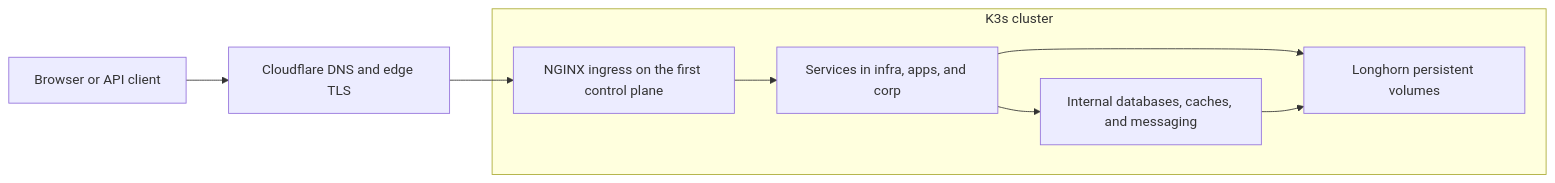
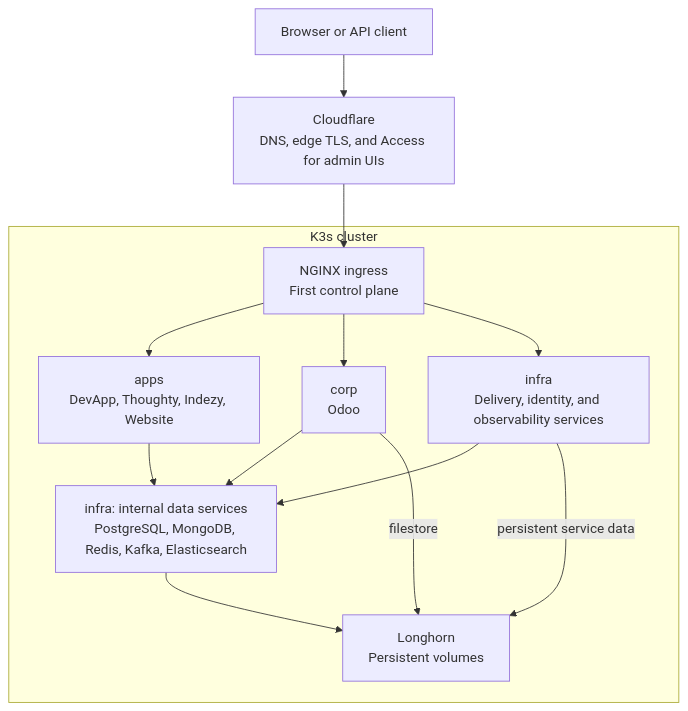
The diagram in README.md (chefzaid/bm-cluster), drawn with Mermaid before and after one commit. The commit also changed other lines of this file and 2 other files, not shown here.

Commit message:
Document cluster architecture and CI/CD with Mermaid diagrams

````diff
--- a/README.md
+++ b/README.md
@@ -13,15 +13,24 @@
 ```mermaid
-flowchart LR
-    Client[Browser or API client] --> CF[Cloudflare DNS and edge TLS]
-    subgraph Cluster[K3s cluster]
-        Ingress[NGINX ingress on the first control plane]
-        Services[Services in infra, apps, and corp]
-        Data[Internal databases, caches, and messaging]
-        Storage[Longhorn persistent volumes]
-        Ingress --> Services
-        Services --> Data
-        Services --> Storage
+flowchart TB
+    accTitle: Cluster architecture and application ownership
+    accDescr: Public traffic enters through Cloudflare and the first control plane. Application and platform services use internal data services and persistent storage.
+    Client["Browser or API client"] --> CF["Cloudflare<br/>DNS, edge TLS, and Access for admin UIs"]
+    subgraph Cluster["K3s cluster"]
+        Ingress["NGINX ingress<br/>First control plane"]
+        Apps["apps<br/>DevApp, Thoughty, Indezy, Website"]
+        Corp["corp<br/>Odoo"]
+        Platform["infra<br/>Delivery, identity, and observability services"]
+        Data["infra: internal data services<br/>PostgreSQL, MongoDB, Redis, Kafka, Elasticsearch"]
+        Storage["Longhorn<br/>Persistent volumes"]
+        Ingress --> Apps
+        Ingress --> Corp
+        Ingress --> Platform
+        Apps --> Data
+        Corp --> Data
+        Platform --> Data
+        Corp -->|filestore| Storage
+        Platform -->|persistent service data| Storage
         Data --> Storage
     end
     CF --> Ingress
 ```
````
